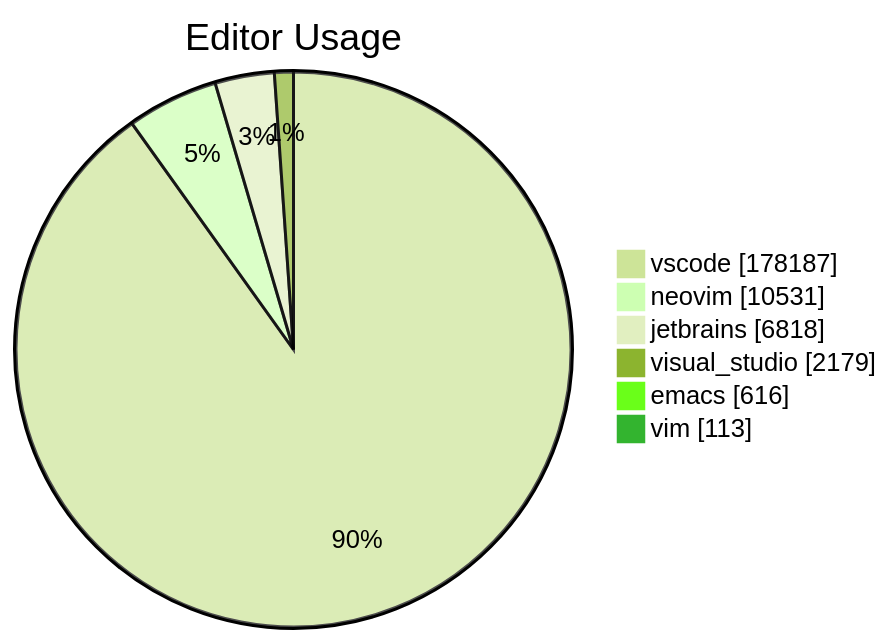
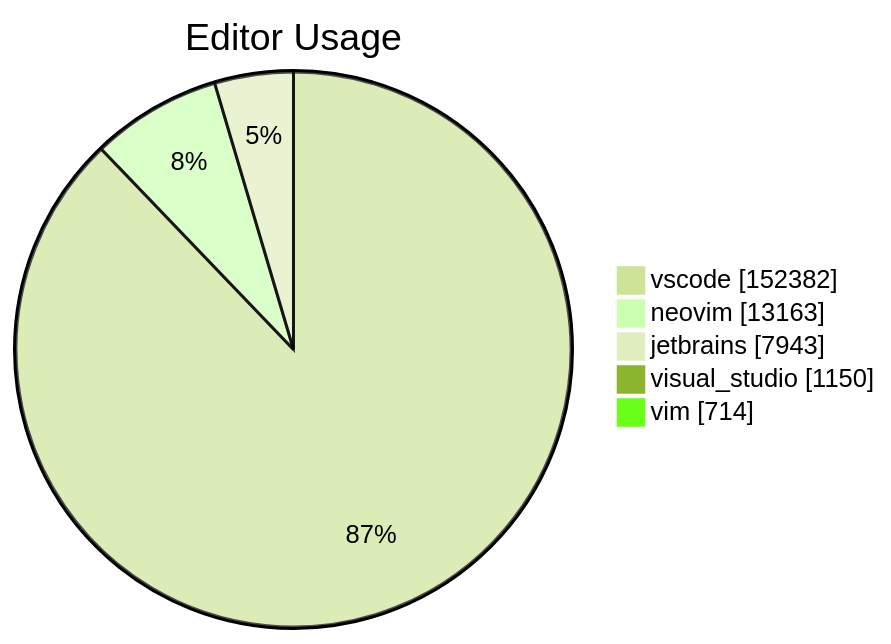
One commit to austenstone/copilot-usage changed the fifth of 5 diagrams in README.md. Above: the diagram before and after it, drawn with Mermaid (forest theme). The commit also changed other lines of this file, not shown here.

````diff
--- a/README.md
+++ b/README.md
@@ -232,10 +255,9 @@
 ```mermaid
 pie showData
 title Editor Usage
-    "vscode" : 178187
-"neovim" : 10531
-"jetbrains" : 6818
-"visual_studio" : 2179
-"emacs" : 616
-"vim" : 113
+    "vscode" : 152382
+"neovim" : 13163
+"jetbrains" : 7943
+"visual_studio" : 1150
+"vim" : 714
 ```
````
